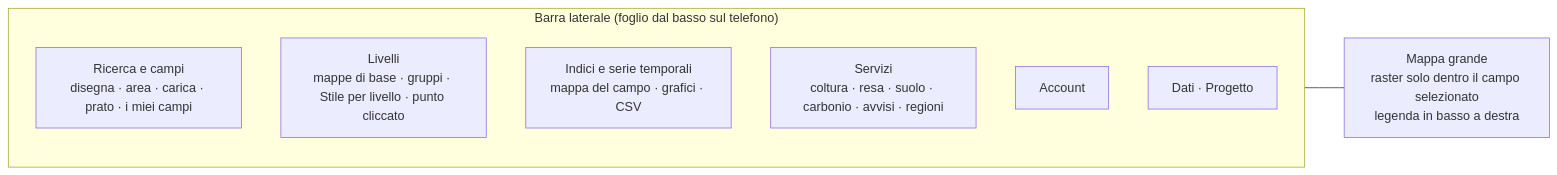
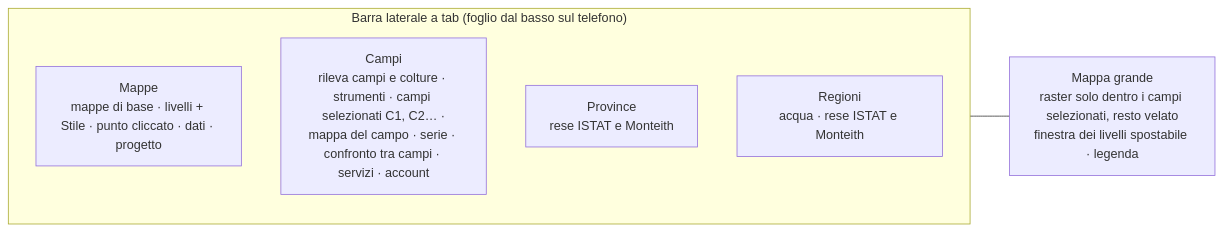
One commit to francescorossi3/campi-aperti changed the second of 5 diagrams in docs/COME_FUNZIONA.md. Above: the diagram before and after it, drawn with Mermaid. The commit also changed other lines of this file and 1 other file, not shown here.

Commit message:
docs: tab, più campi, confronto e scatter, resa per annata, rese per regione, PAW, finestra dei livelli

````diff
--- a/docs/COME_FUNZIONA.md
+++ b/docs/COME_FUNZIONA.md
@@ -37,12 +37,10 @@
 ```mermaid
 flowchart LR
-  subgraph Barra["Barra laterale (foglio dal basso sul telefono)"]
-    s1[Ricerca e campi<br/>disegna · area · carica · prato · i miei campi]
-    s2[Livelli<br/>mappe di base · gruppi · Stile per livello · punto cliccato]
-    s3[Indici e serie temporali<br/>mappa del campo · grafici · CSV]
-    s4[Servizi<br/>coltura · resa · suolo · carbonio · avvisi · regioni]
-    s5[Account]
-    s6[Dati · Progetto]
+  subgraph Barra["Barra laterale a tab (foglio dal basso sul telefono)"]
+    t1[Mappe<br/>mappe di base · livelli + Stile · punto cliccato · dati · progetto]
+    t2[Campi<br/>rileva campi e colture · strumenti · campi selezionati C1, C2… ·<br/>mappa del campo · serie · confronto tra campi · servizi · account]
+    t3[Province<br/>rese ISTAT e Monteith]
+    t4[Regioni<br/>acqua · rese ISTAT e Monteith]
   end
-  Barra --- M[Mappa grande<br/>raster solo dentro il campo selezionato<br/>legenda in basso a destra]
+  Barra --- M[Mappa grande<br/>raster solo dentro i campi selezionati, resto velato<br/>finestra dei livelli spostabile · legenda]
 ```
````
